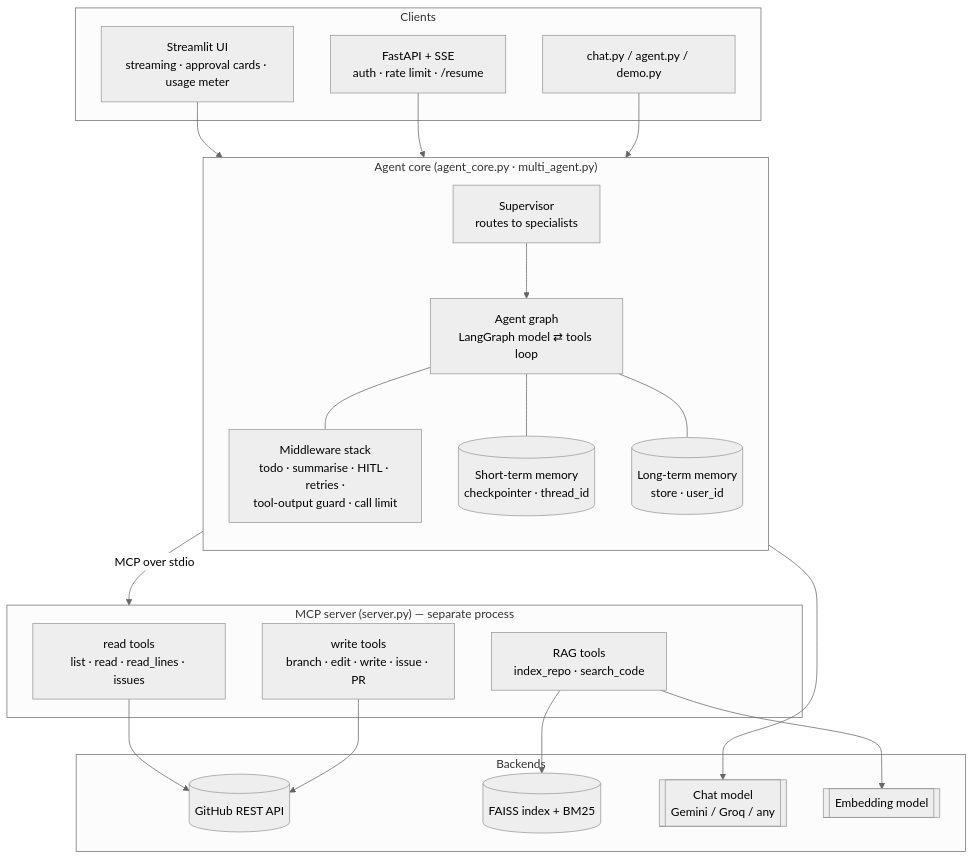
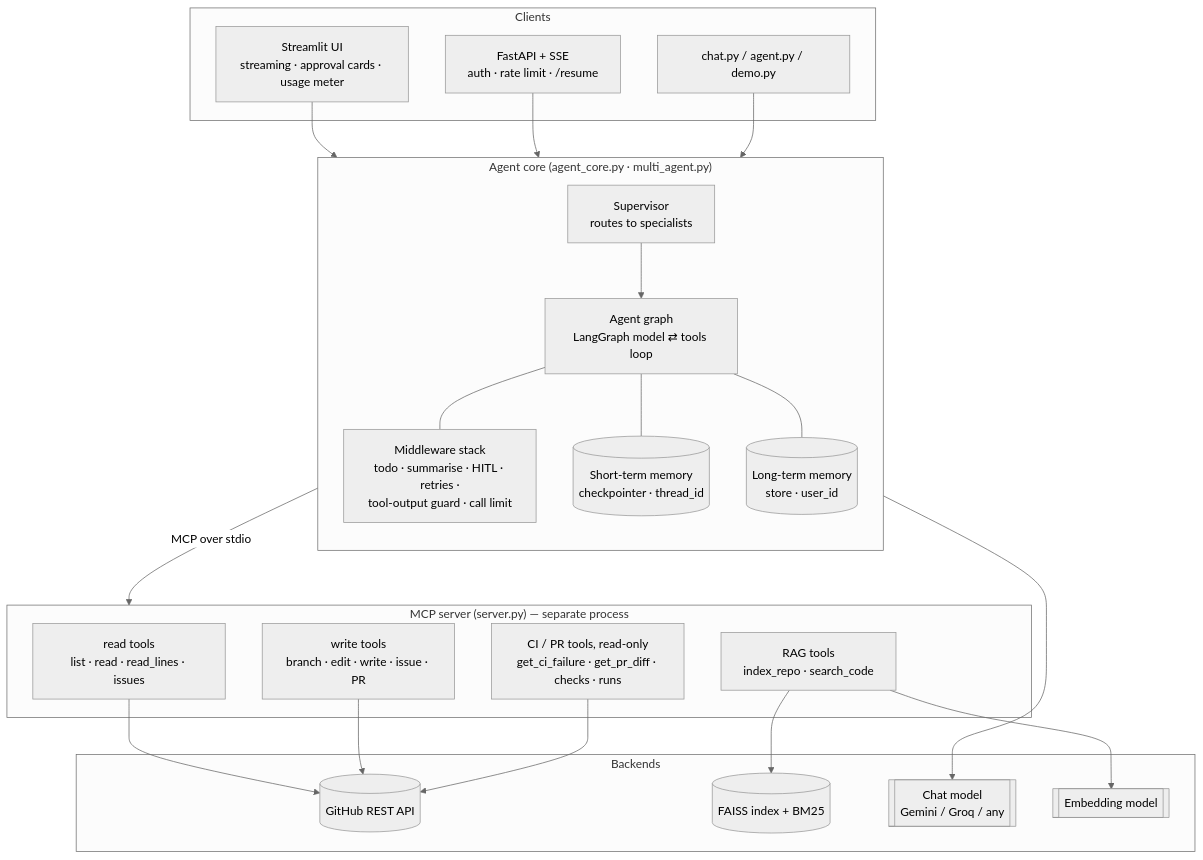
The first of 3 diagrams in ARCHITECTURE.md (Varshini0511/github-agent-mcp), drawn with Mermaid (neutral theme) before and after one commit. The commit also changed other lines of this file and 3 other files, not shown here.

````diff
--- a/ARCHITECTURE.md
+++ b/ARCHITECTURE.md
@@ -8,41 +8,42 @@
 ```mermaid
 flowchart TB
     subgraph Clients
         UI[Streamlit UI<br/>streaming · approval cards · usage meter]
         API[FastAPI + SSE<br/>auth · rate limit · /resume]
         CLI[chat.py / agent.py / demo.py]
     end
 
     subgraph Core["Agent core (agent_core.py · multi_agent.py)"]
         direction TB
         SUP[Supervisor<br/>routes to specialists]
         AG[Agent graph<br/>LangGraph model ⇄ tools loop]
         MW["Middleware stack<br/>todo · summarise · HITL · retries ·<br/>tool-output guard · call limit"]
         MEM[(Short-term memory<br/>checkpointer · thread_id)]
         LTM[(Long-term memory<br/>store · user_id)]
         SUP --> AG
         AG --- MW
         AG --- MEM
         AG --- LTM
     end
 
     subgraph Tools["MCP server (server.py) — separate process"]
         T1[read tools<br/>list · read · read_lines · issues]
         T2[RAG tools<br/>index_repo · search_code]
         T3[write tools<br/>branch · edit · write · issue · PR]
+        T4[CI / PR tools, read-only<br/>get_ci_failure · get_pr_diff · checks · runs]
     end
 
     subgraph Backends
         GH[(GitHub REST API)]
         VEC[(FAISS index + BM25)]
         LLM[[Chat model<br/>Gemini / Groq / any]]
         EMB[[Embedding model]]
     end
 
     UI & API & CLI --> Core
     AG -- MCP over stdio --> Tools
-    T1 & T3 --> GH
+    T1 & T3 & T4 --> GH
     T2 --> VEC
     T2 --> EMB
     AG --> LLM
 ```
````
